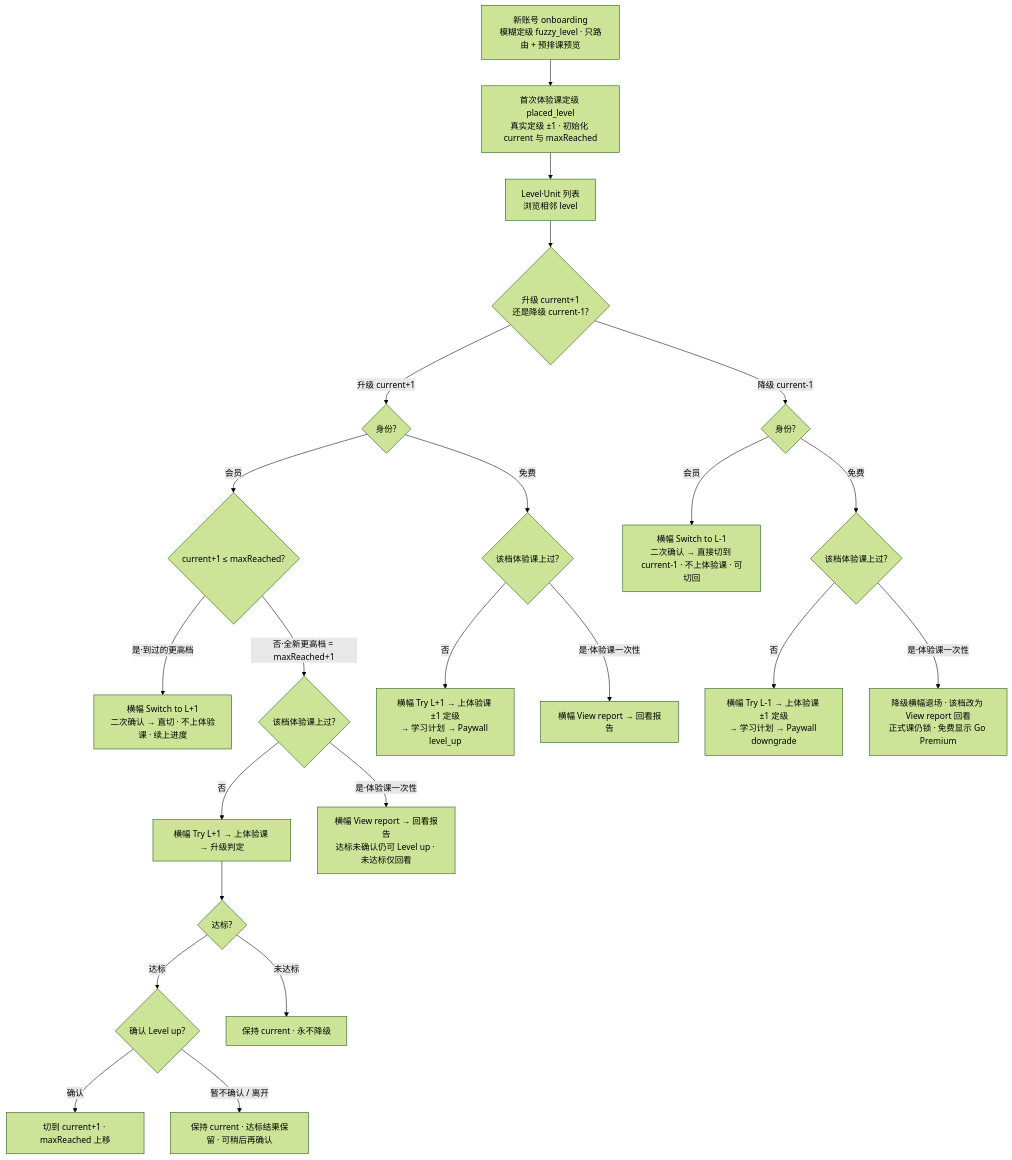
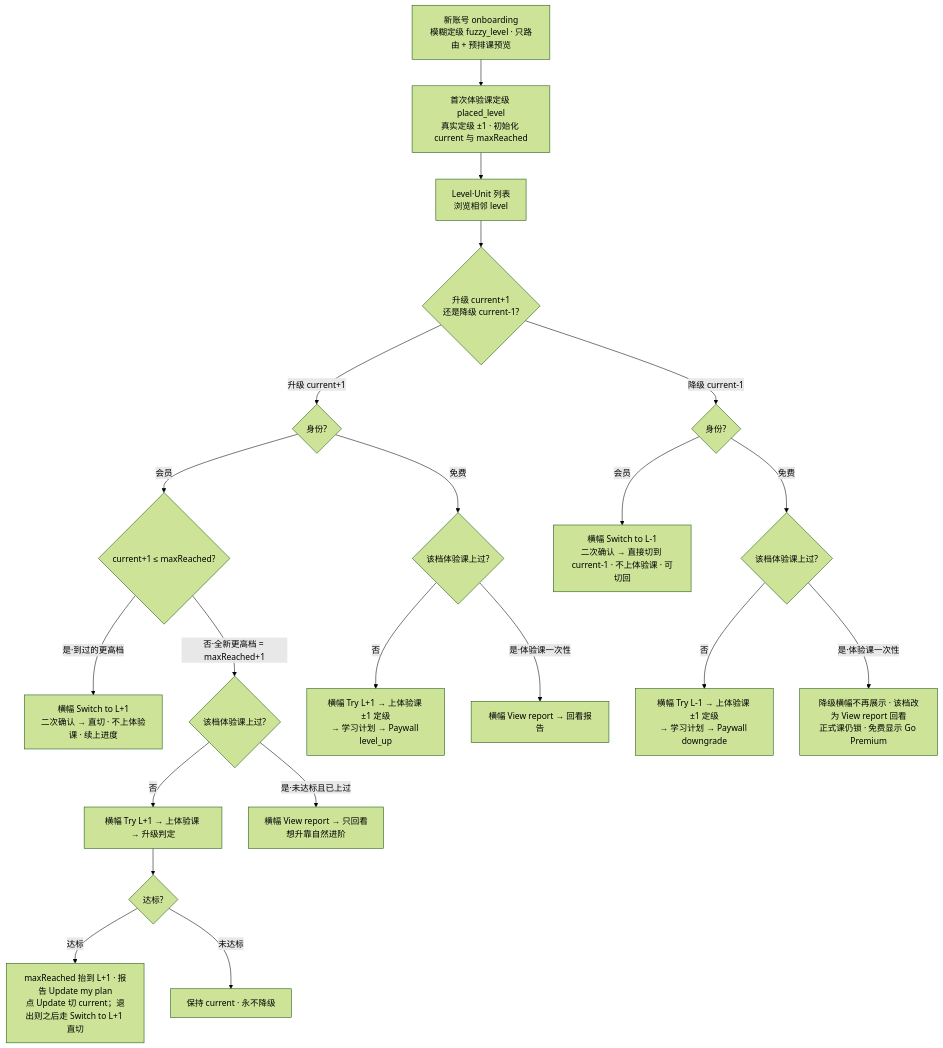
Before and after one commit to cyanlee888/cyan: the first of 2 diagrams in V1.3.1-产品需求文档-PRD.md, drawn with Mermaid (forest theme). The commit also changed other lines of this file and 2 other files, not shown here.

````diff
--- a/V1.3.1-产品需求文档-PRD.md
+++ b/V1.3.1-产品需求文档-PRD.md
@@ -152,29 +124,27 @@
 ```mermaid
 flowchart TB
   OB[新账号 onboarding<br/>模糊定级 fuzzy_level · 只路由 + 预排课预览] --> Place[首次体验课定级 placed_level<br/>真实定级 ±1 · 初始化 current 与 maxReached]
   Place --> List[Level·Unit 列表<br/>浏览相邻 level]
   List --> Dir{升级 current+1<br/>还是降级 current-1?}
 
   %% ===== 升级 current+1 =====
   Dir -->|升级 current+1| Up{身份?}
   Up -->|会员| UpM{current+1 ≤ maxReached?}
   UpM -->|是·到过的更高档| UpBack[横幅 Switch to L+1<br/>二次确认 → 直切 · 不上体验课 · 续上进度]
   UpM -->|否·全新更高档 = maxReached+1| UpNew{该档体验课上过?}
   UpNew -->|否| UpTrial[横幅 Try L+1 → 上体验课 → 升级判定]
   UpTrial --> Judge{达标?}
-  Judge -->|达标| Confirm{确认 Level up?}
-  Confirm -->|确认| UpDone[切到 current+1 · maxReached 上移]
-  Confirm -->|暂不确认 / 离开| UpHold[保持 current · 达标结果保留 · 可稍后再确认]
+  Judge -->|达标| UpPass[maxReached 抬到 L+1 · 报告 Update my plan<br/>点 Update 切 current；退出则之后走 Switch to L+1 直切]
   Judge -->|未达标| UpKeep[保持 current · 永不降级]
-  UpNew -->|是·体验课一次性| UpView[横幅 View report → 回看报告<br/>达标未确认仍可 Level up · 未达标仅回看]
+  UpNew -->|是·未达标且已上过| UpView[横幅 View report → 只回看<br/>想升靠自然进阶]
   Up -->|免费| UpF{该档体验课上过?}
   UpF -->|否| UpFTry[横幅 Try L+1 → 上体验课 ±1 定级<br/>→ 学习计划 → Paywall level_up]
   UpF -->|是·体验课一次性| UpFView[横幅 View report → 回看报告]
 
   %% ===== 降级 current-1 =====
   Dir -->|降级 current-1| Down{身份?}
   Down -->|会员| DownM[横幅 Switch to L-1<br/>二次确认 → 直接切到 current-1 · 不上体验课 · 可切回]
   Down -->|免费| DownF{该档体验课上过?}
   DownF -->|否| DownFTry[横幅 Try L-1 → 上体验课 ±1 定级<br/>→ 学习计划 → Paywall downgrade]
-  DownF -->|是·体验课一次性| DownFView[降级横幅退场 · 该档改为 View report 回看<br/>正式课仍锁 · 免费显示 Go Premium]
+  DownF -->|是·体验课一次性| DownFView[降级横幅不再展示 · 该档改为 View report 回看<br/>正式课仍锁 · 免费显示 Go Premium]
 ```
````
